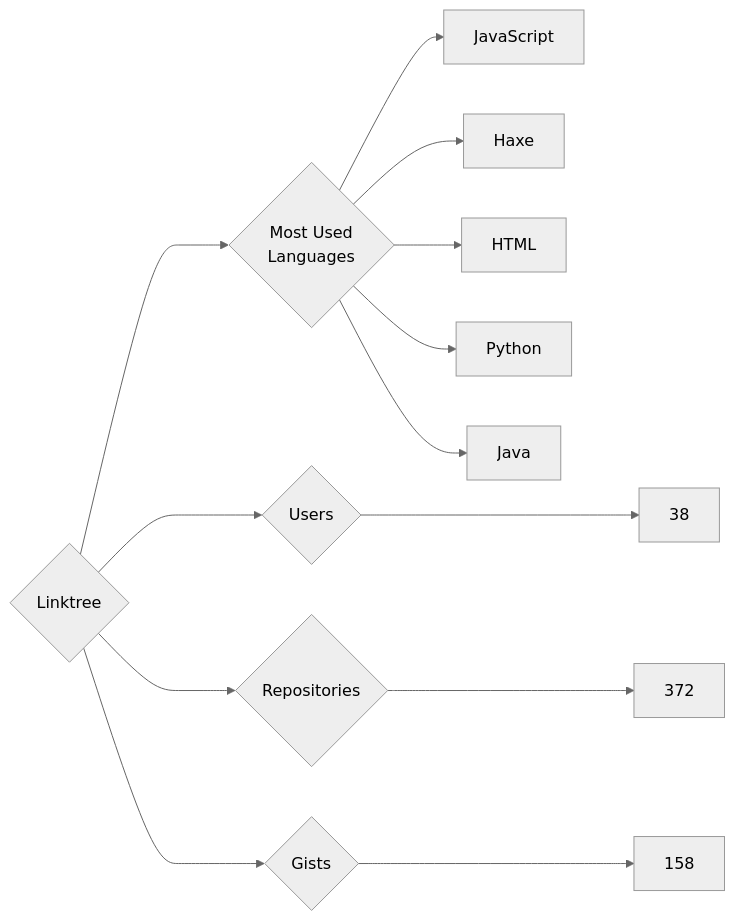
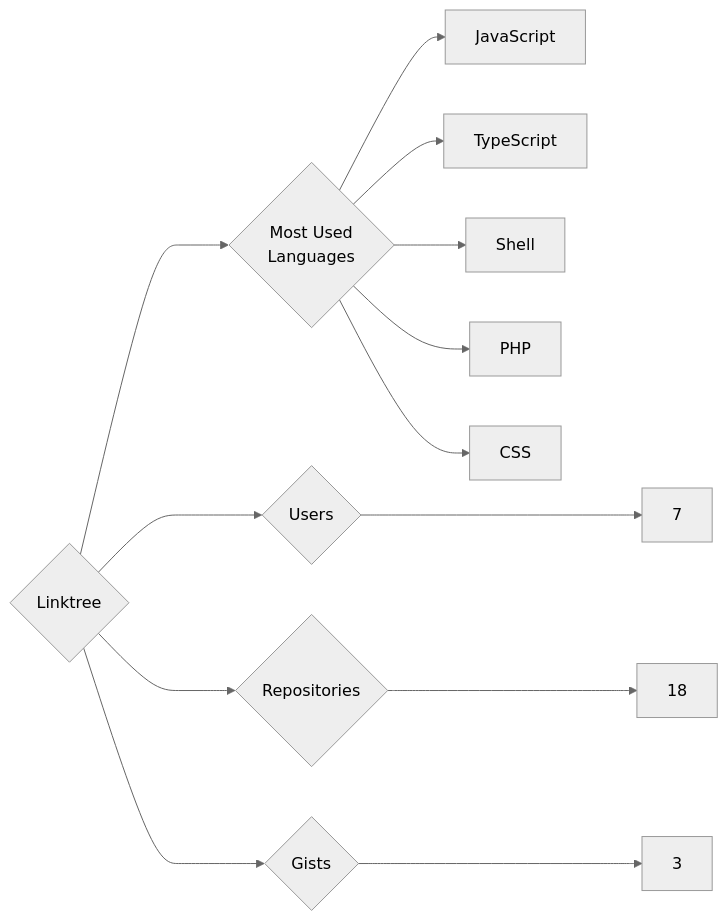
Before and after one commit to trickest/insiders: the diagram in targets/Linktree/README.md, drawn with Mermaid (neutral theme). The commit also changed 748 other files, not shown here.

````diff
--- a/targets/Linktree/README.md
+++ b/targets/Linktree/README.md
@@ -3,13 +3,13 @@
 ```mermaid
 graph LR
 COMPANY_NAME{Linktree}
-COMPANY_NAME ---> U{Users} ---> UN[38]
-COMPANY_NAME ---> R{Repositories} ---> RN[372]
-COMPANY_NAME ---> G{Gists} ---> GN[158]
+COMPANY_NAME ---> U{Users} ---> UN[7]
+COMPANY_NAME ---> R{Repositories} ---> RN[18]
+COMPANY_NAME ---> G{Gists} ---> GN[3]
 COMPANY_NAME ---> ML{Most Used<br>Languages}
 ML --> JavaScript[JavaScript]
-ML --> Haxe[Haxe]
-ML --> HTML[HTML]
-ML --> Python[Python]
-ML --> Java[Java]
+ML --> TypeScript[TypeScript]
+ML --> Shell[Shell]
+ML --> PHP[PHP]
+ML --> CSS[CSS]
 ```
````
